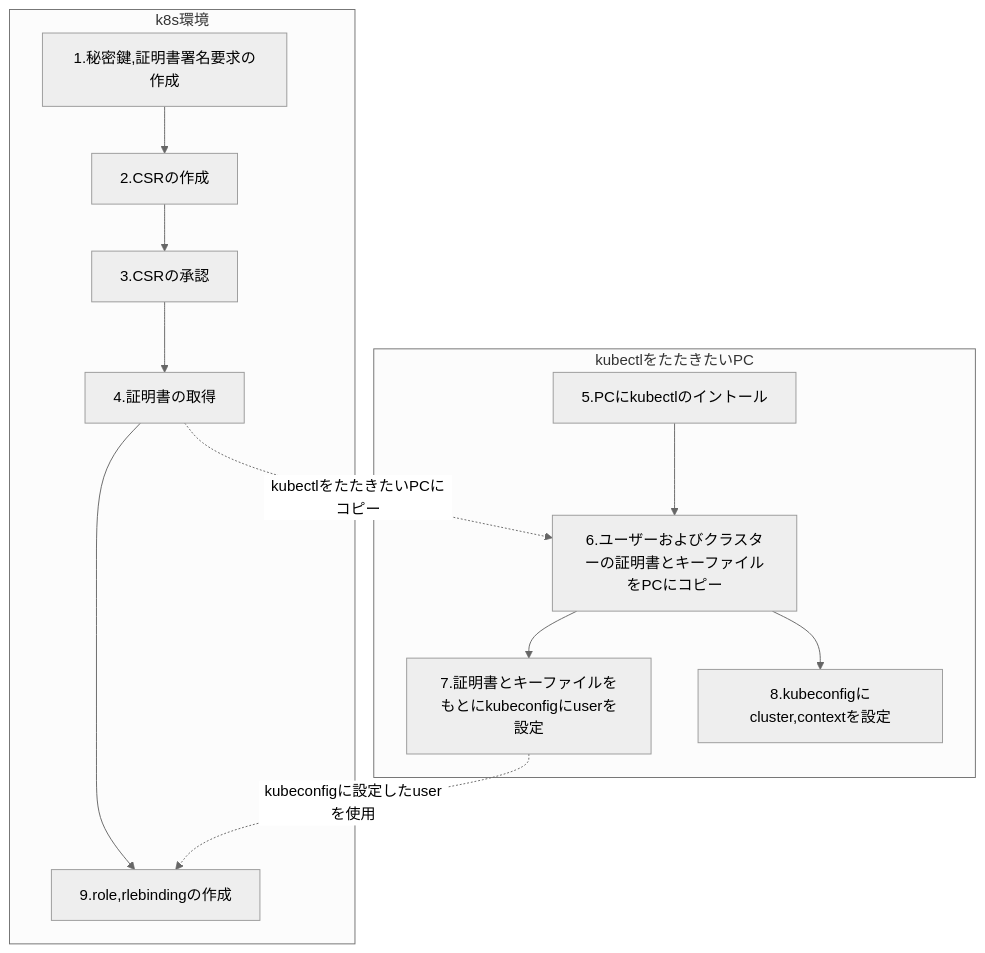
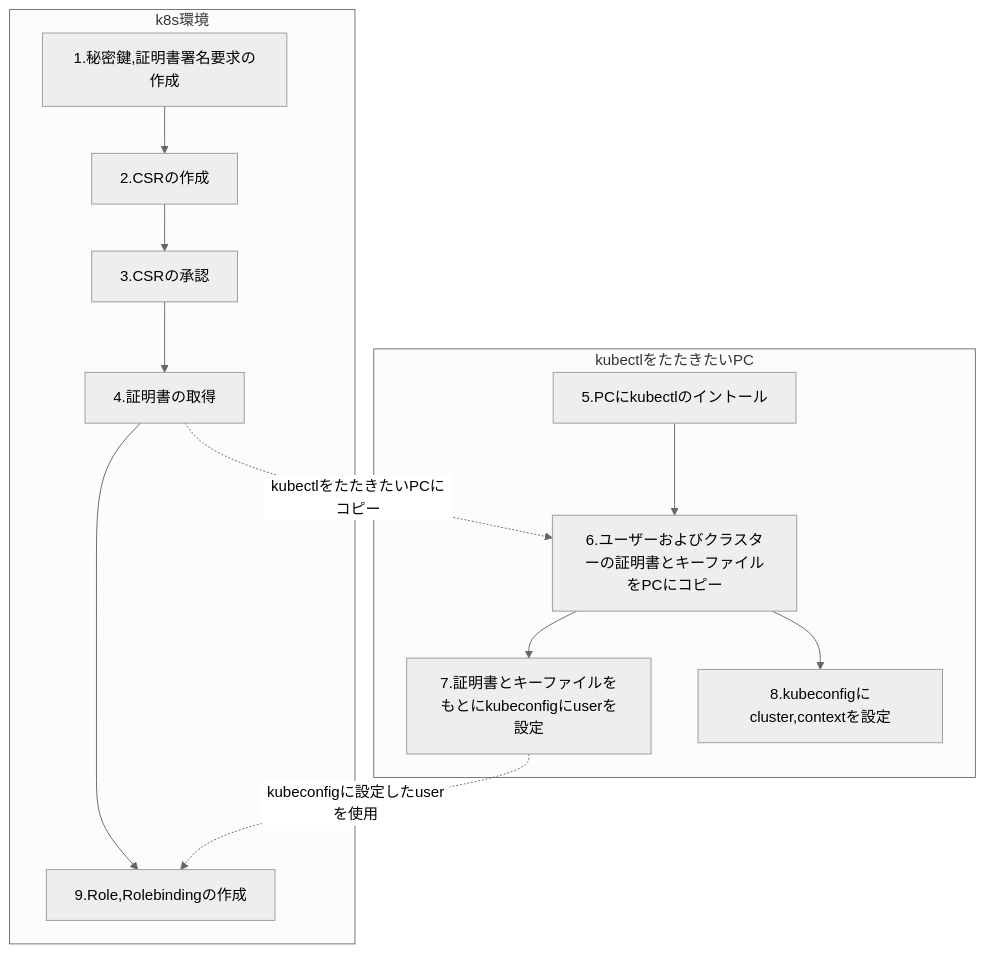
One commit to CoCo9122/zenn-contents changed the fifth of 5 diagrams in articles/k8s-certificate-signing-requests-coco9122.md. Above: the diagram before and after it, drawn with Mermaid (neutral theme). The commit also changed other lines of this file, not shown here.

````diff
--- a/articles/k8s-certificate-signing-requests-coco9122.md
+++ b/articles/k8s-certificate-signing-requests-coco9122.md
@@ -121,16 +125,16 @@
 ```mermaid
 graph TB
     subgraph k8s環境
     1.秘密鍵,証明書署名要求の作成 --> 2.CSRの作成
     2.CSRの作成 --> 3.CSRの承認
     3.CSRの承認 --> 4.証明書の取得
-    4.証明書の取得 --> 9.role,rlebindingの作成
+    4.証明書の取得 --> 9.Role,Rolebindingの作成
     end
     4.証明書の取得 -.kubectlをたたきたいPCにコピー.-> 6.ユーザーおよびクラスターの証明書とキーファイルをPCにコピー
     subgraph kubectlをたたきたいPC
     5.PCにkubectlのイントール --> 6.ユーザーおよびクラスターの証明書とキーファイルをPCにコピー
     6.ユーザーおよびクラスターの証明書とキーファイルをPCにコピー　--> 7.証明書とキーファイルをもとにkubeconfigにuserを設定
     6.ユーザーおよびクラスターの証明書とキーファイルをPCにコピー　--> 8.kubeconfigにcluster,contextを設定
     end
-    7.証明書とキーファイルをもとにkubeconfigにuserを設定 -.kubeconfigに設定したuserを使用.-> 9.role,rlebindingの作成
+    7.証明書とキーファイルをもとにkubeconfigにuserを設定 -.kubeconfigに設定したuserを使用.-> 9.Role,Rolebindingの作成
 ```
````
